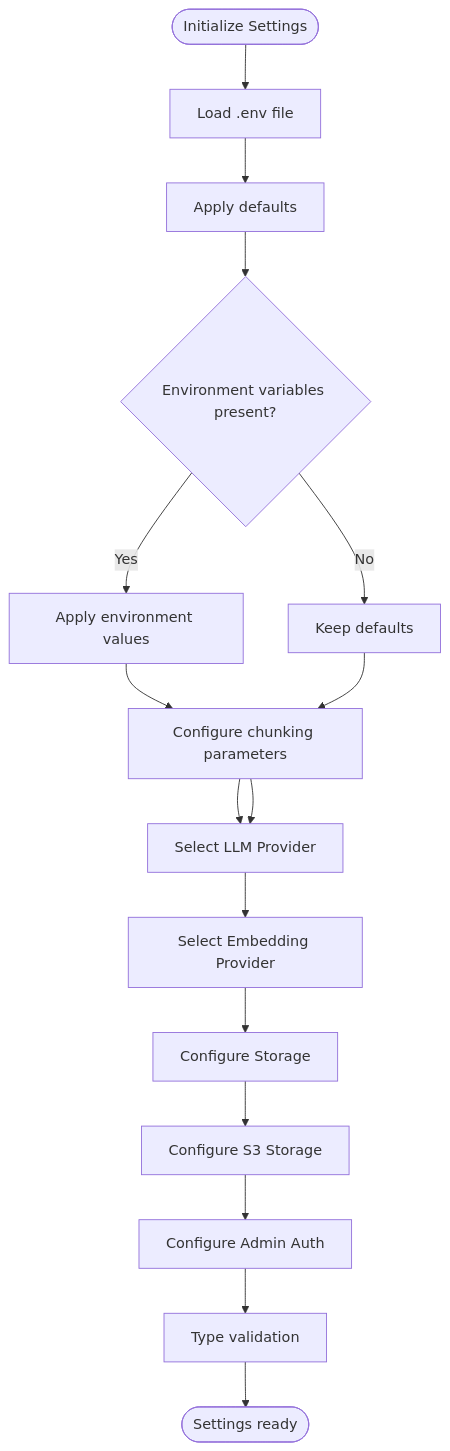
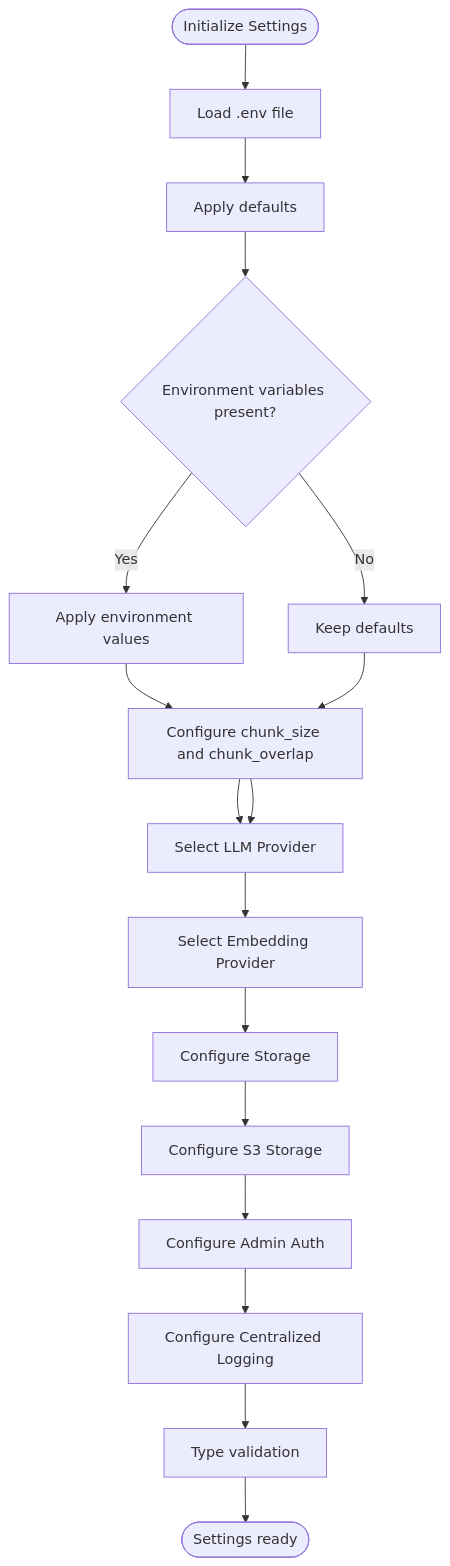
Before and after one commit to ognelis/cafetera_hr_bot: the fifth of 11 diagrams in .qoder/repowiki/en/content/Configuration Management.md, drawn with Mermaid. The commit also changed other lines of this file and 29 other files, not shown here.

````diff
--- a/.qoder/repowiki/en/content/Configuration Management.md
+++ b/.qoder/repowiki/en/content/Configuration Management.md
@@ -314,18 +342,19 @@
 ```mermaid
 flowchart TD
 Start(["Initialize Settings"]) --> LoadEnv["Load .env file"]
 LoadEnv --> Defaults["Apply defaults"]
 Defaults --> EnvOverride{"Environment variables present?"}
 EnvOverride --> |Yes| ApplyEnv["Apply environment values"]
 EnvOverride --> |No| KeepDefaults["Keep defaults"]
-ApplyEnv --> ChunkingConfig["Configure chunking parameters"]
+ApplyEnv --> ChunkingConfig["Configure chunk_size and chunk_overlap"]
 ChunkingConfig --> ProviderSelect["Select LLM Provider"]
 ProviderSelect --> EmbeddingSelect["Select Embedding Provider"]
 EmbeddingSelect --> StorageConfig["Configure Storage"]
 StorageConfig --> S3Config["Configure S3 Storage"]
 S3Config --> AdminConfig["Configure Admin Auth"]
-AdminConfig --> Validate["Type validation"]
+AdminConfig --> LoggingConfig["Configure Centralized Logging"]
+LoggingConfig --> Validate["Type validation"]
 KeepDefaults --> ChunkingConfig
 ChunkingConfig --> ProviderSelect
 Validate --> Done(["Settings ready"])
 ```
````
